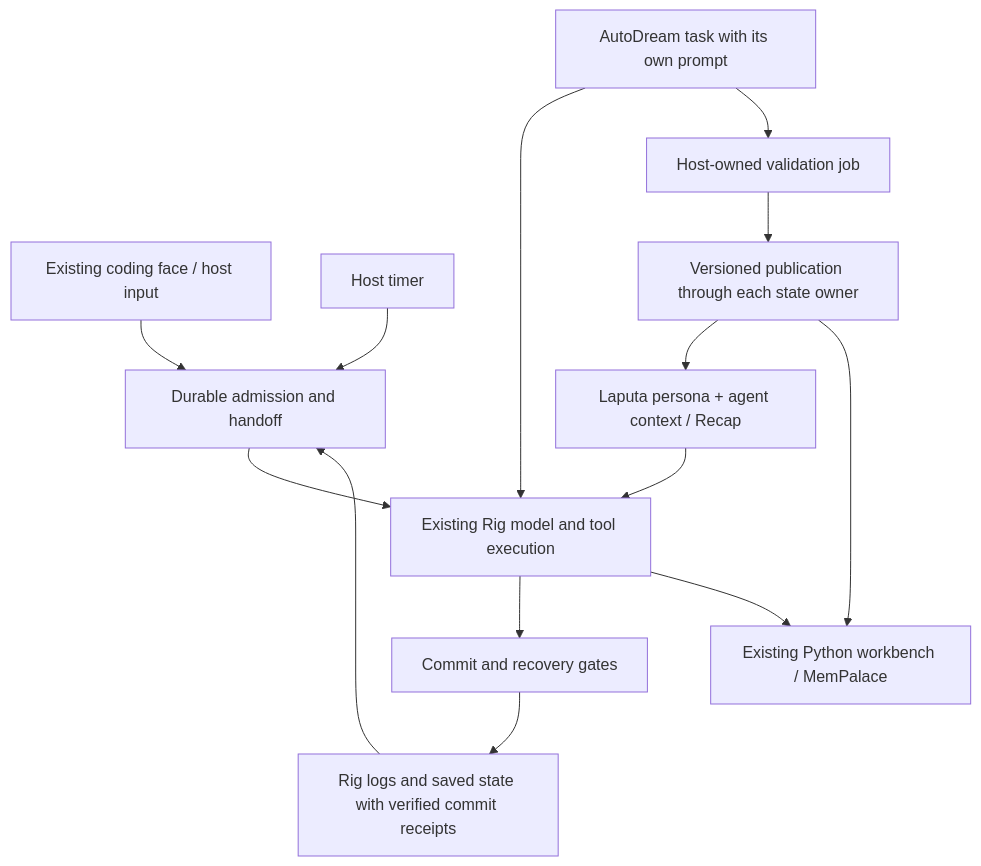
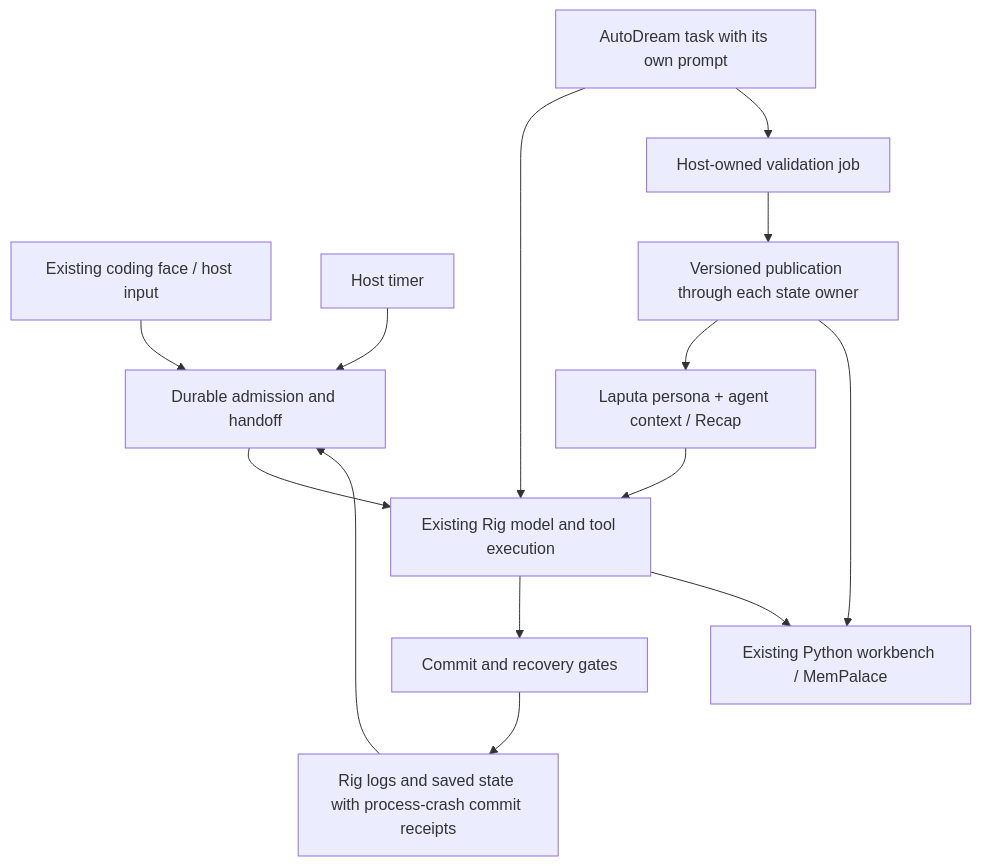
Before and after one commit to mastwet/vivy-backup: the diagram in docs/DESIGN.md, drawn with Mermaid. The commit also changed other lines of this file and 3 other files, not shown here.

Commit message:
docs: record persistent-agent scope and process-crash recovery decisions

````diff
--- a/docs/DESIGN.md
+++ b/docs/DESIGN.md
@@ -440,16 +428,16 @@
 ```mermaid
 flowchart TD
     A[Existing coding face / host input] --> B[Durable admission and handoff]
     B --> C[Existing Rig model and tool execution]
     C --> D[Commit and recovery gates]
-    D --> E[Rig logs and saved state with verified commit receipts]
+    D --> E[Rig logs and saved state with process-crash commit receipts]
     E --> B
     F[Laputa persona + agent context / Recap] --> C
     C --> G[Existing Python workbench / MemPalace]
     H[Host timer] --> B
     I[AutoDream task with its own prompt] --> C
     I --> J[Host-owned validation job]
     J --> K[Versioned publication through each state owner]
     K --> F
     K --> G
 ```
````
